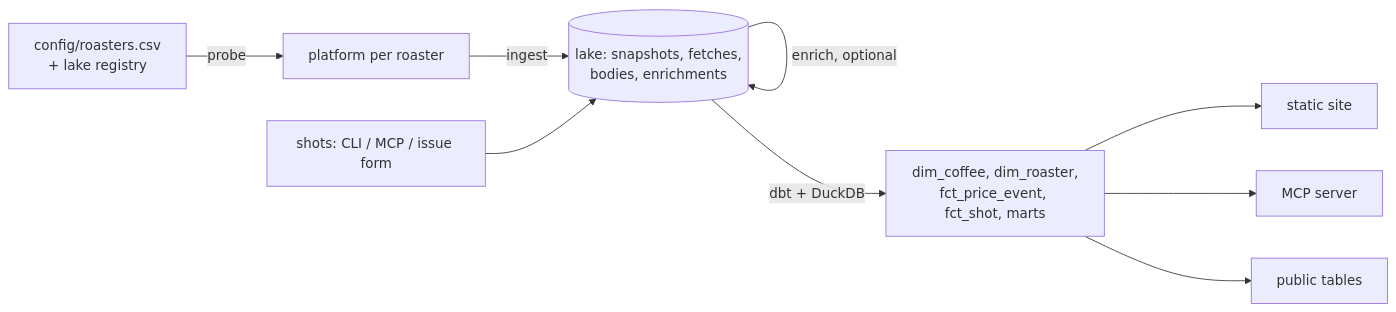
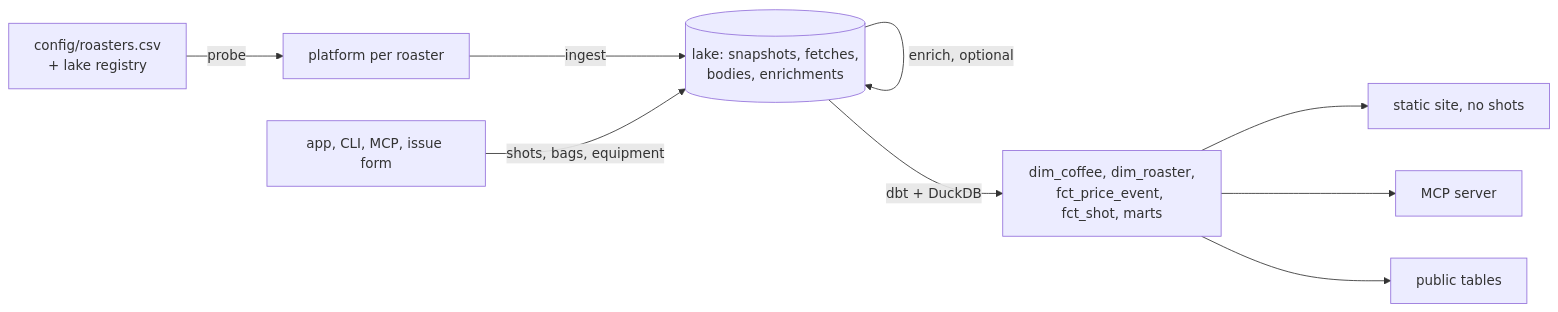
The diagram in README.md (jtouley/coffee-data-tracker), drawn with Mermaid before and after one commit. The commit also changed other lines of this file, not shown here.

First line of the commit message:
README: cover the shot-logging app and add key decisions

````diff
--- a/README.md
+++ b/README.md
@@ -190,11 +278,11 @@
 ```mermaid
 graph LR
     A[config/roasters.csv<br/>+ lake registry] -->|probe| B[platform per roaster]
     B -->|ingest| C[(lake: snapshots, fetches,<br/>bodies, enrichments)]
     C -->|enrich, optional| C
-    E[shots: CLI / MCP / issue form] --> C
+    E[app, CLI, MCP, issue form] -->|shots, bags, equipment| C
     C -->|dbt + DuckDB| D[dim_coffee, dim_roaster,<br/>fct_price_event, fct_shot, marts]
-    D --> F[static site]
+    D --> F[static site, no shots]
     D --> G[MCP server]
     D --> H[public tables]
 ```
````
